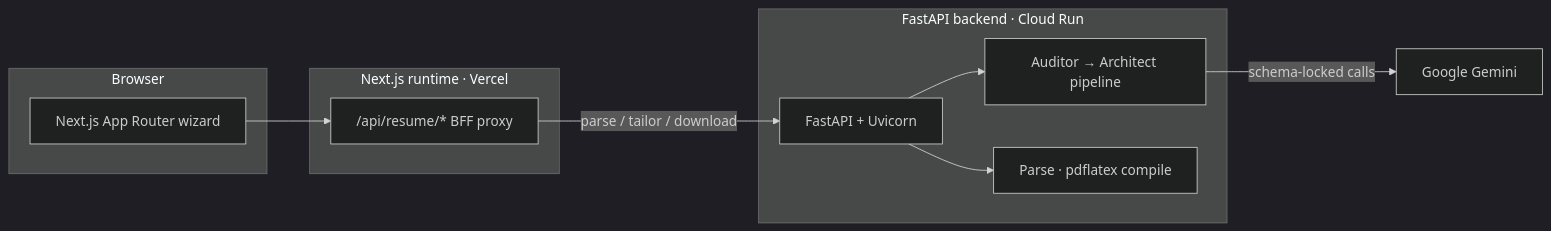
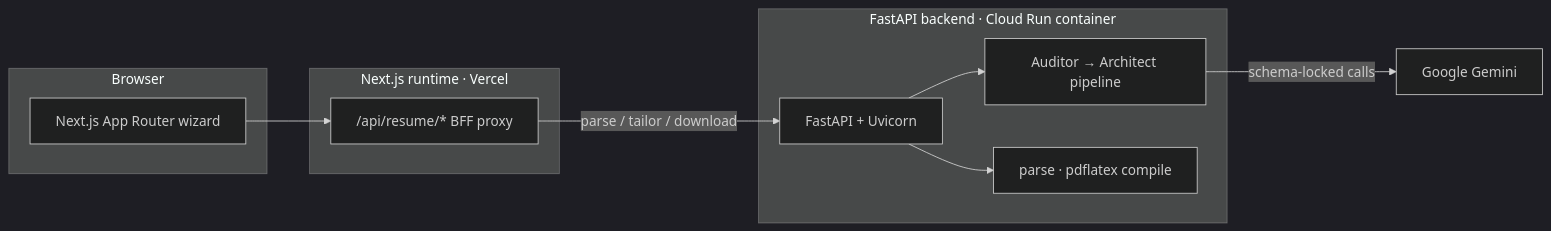
The diagram in README.md (Saurav02022/resume-builder), drawn with Mermaid (dark theme) before and after one commit. The commit also changed other lines of this file, not shown here.

````diff
--- a/README.md
+++ b/README.md
@@ -44,21 +43,21 @@
 ```mermaid
 flowchart LR
   subgraph browser [Browser]
     UI[Next.js App Router wizard]
   end
   subgraph next [Next.js runtime · Vercel]
     BFF["/api/resume/* BFF proxy"]
   end
-  subgraph py [FastAPI backend · Cloud Run]
+  subgraph py [FastAPI backend · Cloud Run container]
     API[FastAPI + Uvicorn]
     PIPE[Auditor → Architect pipeline]
-    DOC[Parse · pdflatex compile]
+    DOC[parse · pdflatex compile]
   end
   gemini[Google Gemini]
 
   UI --> BFF
   BFF -->|parse / tailor / download| API
   API --> PIPE
   API --> DOC
   PIPE -->|schema-locked calls| gemini
 ```
````
